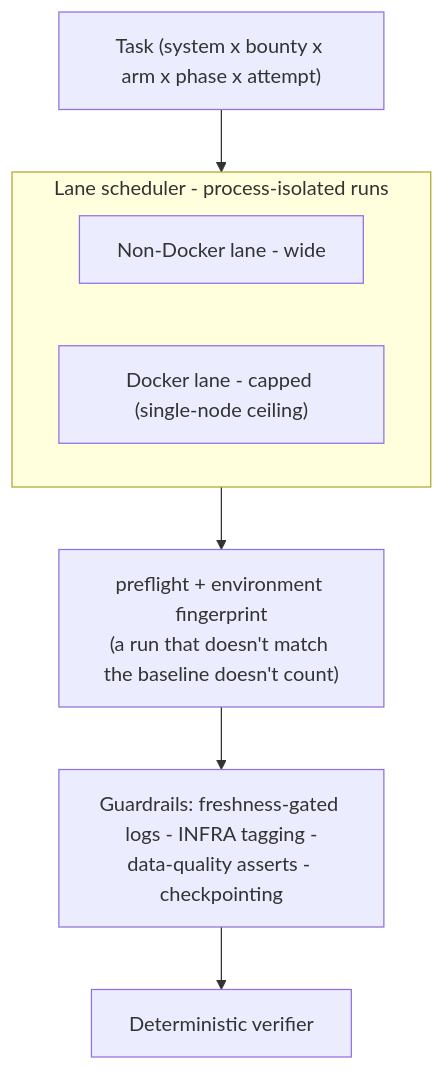
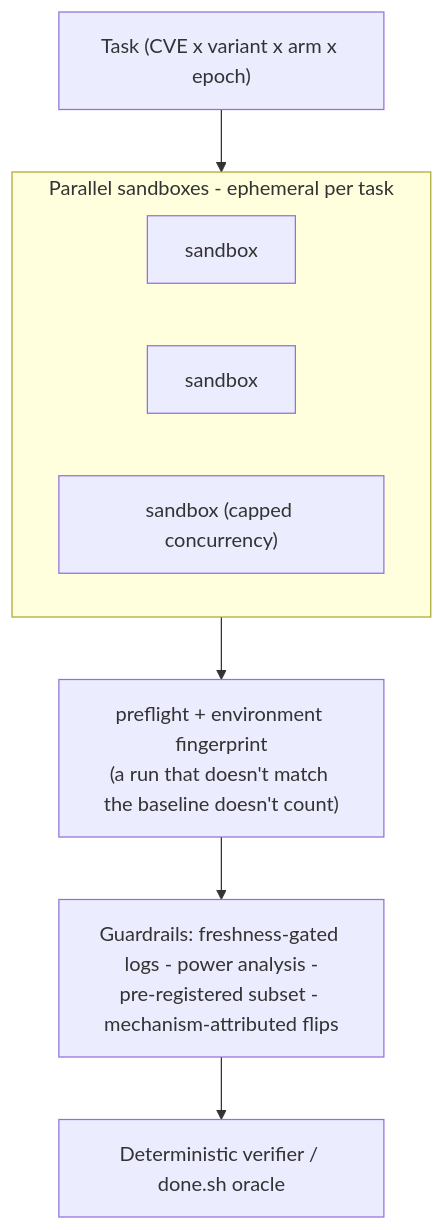
Before and after one commit to clee12111/Aegis: the third of 3 diagrams in README.md, drawn with Mermaid. The commit also changed other lines of this file and 30 other files, not shown here.

````diff
--- a/README.md
+++ b/README.md
@@ -96,12 +99,13 @@
 ```mermaid
 flowchart TB
-  TASK["Task (system x bounty x arm x phase x attempt)"]
-  subgraph SCHED["Lane scheduler - process-isolated runs"]
-    ND["Non-Docker lane - wide"]
-    DK["Docker lane - capped (single-node ceiling)"]
+  TASK["Task (CVE x variant x arm x epoch)"]
+  subgraph SCHED["Parallel sandboxes - ephemeral per task"]
+    S1["sandbox"]
+    S2["sandbox"]
+    S3["sandbox (capped concurrency)"]
   end
   GATE["preflight + environment fingerprint<br/>(a run that doesn't match the baseline doesn't count)"]
-  GUARD["Guardrails: freshness-gated logs - INFRA tagging -<br/>data-quality asserts - checkpointing"]
-  VER["Deterministic verifier"]
+  GUARD["Guardrails: freshness-gated logs - power analysis -<br/>pre-registered subset - mechanism-attributed flips"]
+  VER["Deterministic verifier / done.sh oracle"]
   TASK --> SCHED --> GATE --> GUARD --> VER
 ```
````
